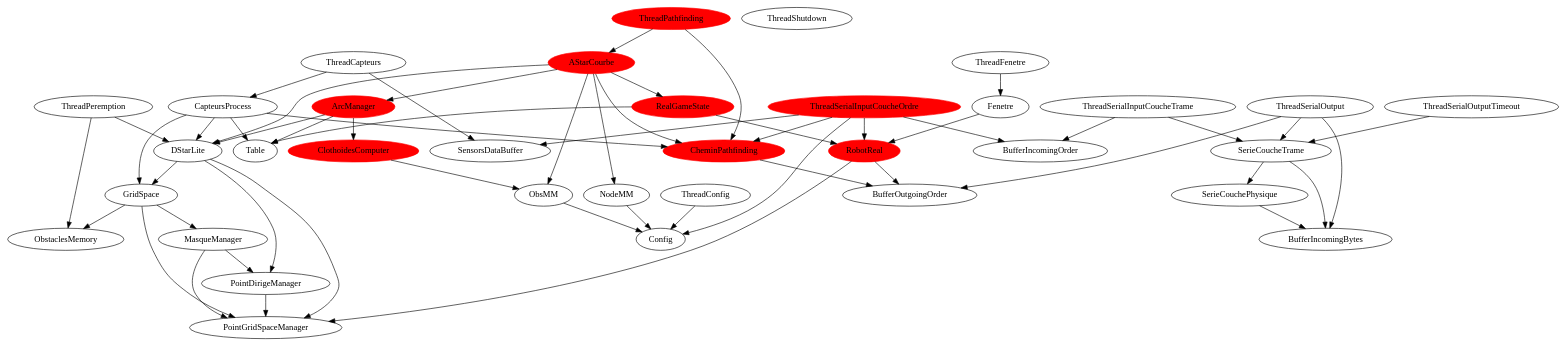
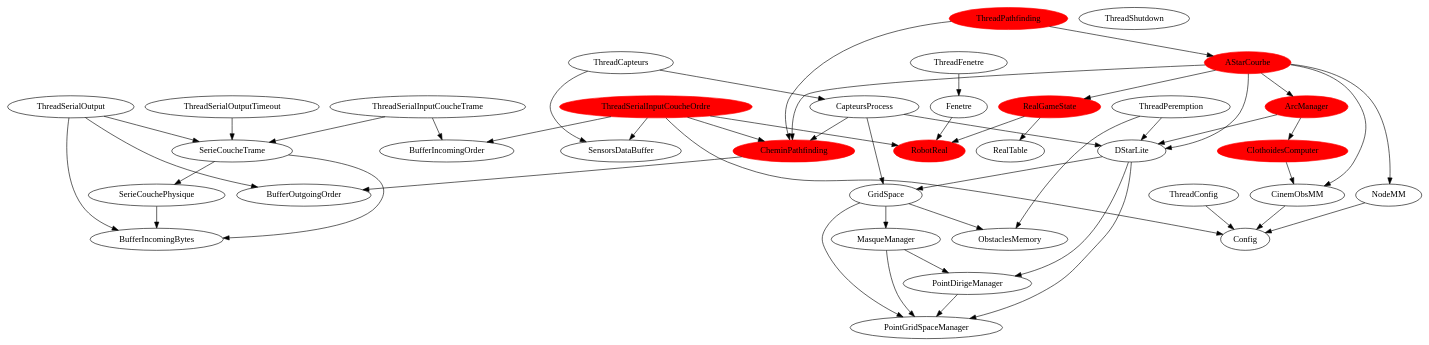
The diagram in pc/dependances.dot (INTechSenpai/moon-rover), drawn with Graphviz before and after one commit. The commit also changed 3 other files, not shown here.

Commit message:
Debug CinemObsMM + update graphe des dépendances

```diff
--- a/pc/dependances.dot
+++ b/pc/dependances.dot
@@ -1,157 +1,152 @@
 digraph dependancesJava {
 ThreadCapteurs;
 SensorsDataBuffer;
 ThreadCapteurs -> SensorsDataBuffer;
 CapteursProcess;
 ThreadCapteurs -> CapteursProcess;
 GridSpace;
 CapteursProcess -> GridSpace;
 ObstaclesMemory;
 GridSpace -> ObstaclesMemory;
 PointGridSpaceManager;
 GridSpace -> PointGridSpaceManager;
 MasqueManager;
 GridSpace -> MasqueManager;
 PointGridSpaceManager;
 MasqueManager -> PointGridSpaceManager;
 PointDirigeManager;
 MasqueManager -> PointDirigeManager;
 PointGridSpaceManager;
 PointDirigeManager -> PointGridSpaceManager;
-Table;
-CapteursProcess -> Table;
 DStarLite;
 CapteursProcess -> DStarLite;
 GridSpace;
 DStarLite -> GridSpace;
 PointGridSpaceManager;
 DStarLite -> PointGridSpaceManager;
 PointDirigeManager;
 DStarLite -> PointDirigeManager;
 CheminPathfinding [color=red, style=filled];
 CapteursProcess -> CheminPathfinding;
 BufferOutgoingOrder;
 CheminPathfinding -> BufferOutgoingOrder;
 ThreadConfig;
 Config;
 ThreadConfig -> Config;
 ThreadFenetre;
 Fenetre;
 ThreadFenetre -> Fenetre;
 RobotReal [color=red, style=filled];
 Fenetre -> RobotReal;
-BufferOutgoingOrder;
-RobotReal -> BufferOutgoingOrder;
-PointGridSpaceManager;
-RobotReal -> PointGridSpaceManager;
 ThreadPathfinding [color=red, style=filled];
 AStarCourbe [color=red, style=filled];
 ThreadPathfinding -> AStarCourbe;
 DStarLite;
 AStarCourbe -> DStarLite;
 ArcManager [color=red, style=filled];
 AStarCourbe -> ArcManager;
 DStarLite;
 ArcManager -> DStarLite;
 ClothoidesComputer [color=red, style=filled];
 ArcManager -> ClothoidesComputer;
-ObsMM;
-ClothoidesComputer -> ObsMM;
+CinemObsMM;
+ClothoidesComputer -> CinemObsMM;
 Config;
-ObsMM -> Config;
-Table;
-ArcManager -> Table;
+CinemObsMM -> Config;
 RealGameState [color=red, style=filled];
 AStarCourbe -> RealGameState;
 RobotReal [color=red, style=filled];
 RealGameState -> RobotReal;
-Table;
-RealGameState -> Table;
+RealTable;
+RealGameState -> RealTable;
 CheminPathfinding [color=red, style=filled];
 AStarCourbe -> CheminPathfinding;
 NodeMM;
 AStarCourbe -> NodeMM;
 Config;
 NodeMM -> Config;
-ObsMM;
-AStarCourbe -> ObsMM;
+CinemObsMM;
+AStarCourbe -> CinemObsMM;
 CheminPathfinding [color=red, style=filled];
 ThreadPathfinding -> CheminPathfinding;
 ThreadPeremption;
 ObstaclesMemory;
 ThreadPeremption -> ObstaclesMemory;
 DStarLite;
 ThreadPeremption -> DStarLite;
 ThreadSerialInputCoucheOrdre [color=red, style=filled];
 Config;
 ThreadSerialInputCoucheOrdre -> Config;
 BufferIncomingOrder;
 ThreadSerialInputCoucheOrdre -> BufferIncomingOrder;
 SensorsDataBuffer;
 ThreadSerialInputCoucheOrdre -> SensorsDataBuffer;
 RobotReal [color=red, style=filled];
 ThreadSerialInputCoucheOrdre -> RobotReal;
 CheminPathfinding [color=red, style=filled];
 ThreadSerialInputCoucheOrdre -> CheminPathfinding;
 ThreadSerialInputCoucheTrame;
 SerieCoucheTrame;
 ThreadSerialInputCoucheTrame -> SerieCoucheTrame;
 SerieCouchePhysique;
 SerieCoucheTrame -> SerieCouchePhysique;
 BufferIncomingBytes;
 SerieCouchePhysique -> BufferIncomingBytes;
 BufferIncomingBytes;
 SerieCoucheTrame -> BufferIncomingBytes;
 BufferIncomingOrder;
 ThreadSerialInputCoucheTrame -> BufferIncomingOrder;
 ThreadSerialOutput;
 SerieCoucheTrame;
 ThreadSerialOutput -> SerieCoucheTrame;
 BufferOutgoingOrder;
 ThreadSerialOutput -> BufferOutgoingOrder;
 BufferIncomingBytes;
 ThreadSerialOutput -> BufferIncomingBytes;
 ThreadSerialOutputTimeout;
 SerieCoucheTrame;
 ThreadSerialOutputTimeout -> SerieCoucheTrame;
 ThreadShutdown;
 Config;
+ClothoidesComputer [color=red, style=filled];
+AStarCourbe [color=red, style=filled];
+RobotReal [color=red, style=filled];
 Fenetre;
 ThreadShutdown;
 ThreadCapteurs;
 ThreadCapteurs;
 ThreadConfig;
 ThreadConfig;
 ThreadFenetre;
 ThreadFenetre;
 ThreadPathfinding [color=red, style=filled];
 ThreadPathfinding [color=red, style=filled];
 ThreadPeremption;
 ThreadPeremption;
 ThreadSerialInputCoucheOrdre [color=red, style=filled];
 ThreadSerialInputCoucheOrdre [color=red, style=filled];
 ThreadSerialInputCoucheTrame;
 ThreadSerialInputCoucheTrame;
 ThreadSerialOutput;
 ThreadSerialOutput;
 ThreadSerialOutputTimeout;
 ThreadSerialOutputTimeout;
 ThreadCapteurs;
 ThreadCapteurs;
 ThreadConfig;
 ThreadConfig;
 ThreadFenetre;
 ThreadFenetre;
 ThreadPathfinding [color=red, style=filled];
 ThreadPathfinding [color=red, style=filled];
 ThreadPeremption;
 ThreadPeremption;
 ThreadSerialInputCoucheOrdre [color=red, style=filled];
 ThreadSerialInputCoucheOrdre [color=red, style=filled];
 ThreadSerialInputCoucheTrame;
 ThreadSerialInputCoucheTrame;
 ThreadSerialOutput;
 ThreadSerialOutput;
 ThreadSerialOutputTimeout;
 ThreadSerialOutputTimeout;
 }
```
